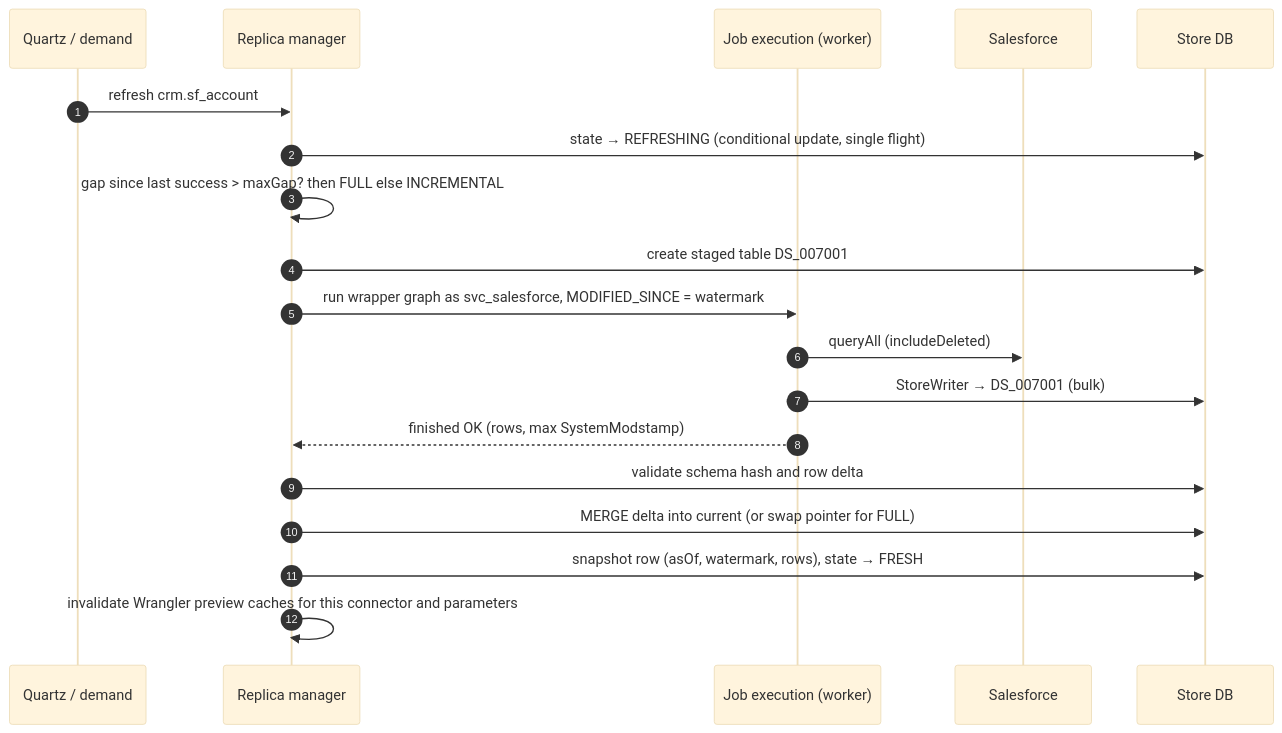
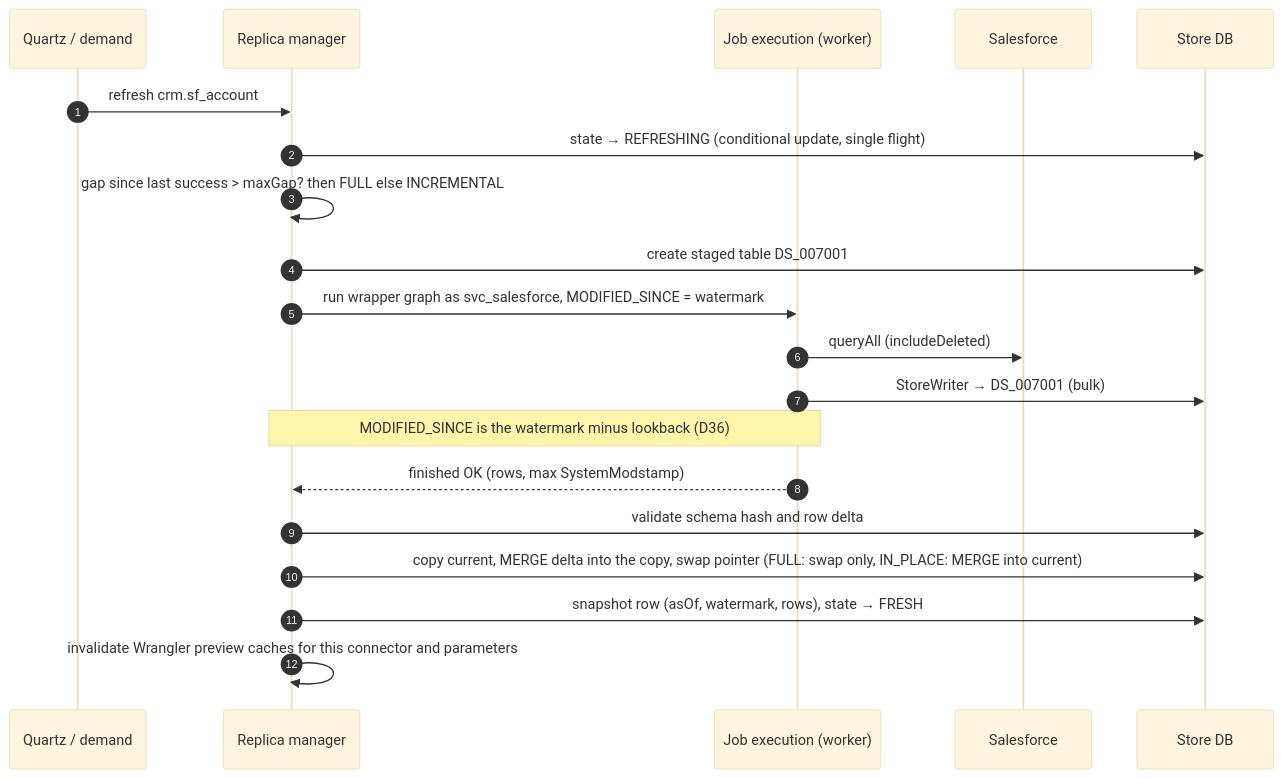
The first of 2 diagrams in spec/08-replicas.md (dpavlis/clover-datastore), drawn with Mermaid (base theme) before and after one commit. The commit also changed other lines of this file and 3 other files, not shown here.

````diff
--- a/spec/08-replicas.md
+++ b/spec/08-replicas.md
@@ -137,22 +164,23 @@
 ```mermaid
 sequenceDiagram
   autonumber
   participant QZ as Quartz / demand
   participant RM as Replica manager
   participant JE as Job execution (worker)
   participant SF as Salesforce
   participant DB as Store DB
 
   QZ->>RM: refresh crm.sf_account
   RM->>DB: state → REFRESHING (conditional update, single flight)
   RM->>RM: gap since last success > maxGap? then FULL else INCREMENTAL
   RM->>DB: create staged table DS_007001
   RM->>JE: run wrapper graph as svc_salesforce, MODIFIED_SINCE = watermark
   JE->>SF: queryAll (includeDeleted)
   JE->>DB: StoreWriter → DS_007001 (bulk)
+  Note over RM,JE: MODIFIED_SINCE is the watermark minus lookback (D36)
   JE-->>RM: finished OK (rows, max SystemModstamp)
   RM->>DB: validate schema hash and row delta
-  RM->>DB: MERGE delta into current (or swap pointer for FULL)
+  RM->>DB: copy current, MERGE delta into the copy, swap pointer (FULL: swap only, IN_PLACE: MERGE into current)
   RM->>DB: snapshot row (asOf, watermark, rows), state → FRESH
   RM->>RM: invalidate Wrangler preview caches for this connector and parameters
 ```
````
